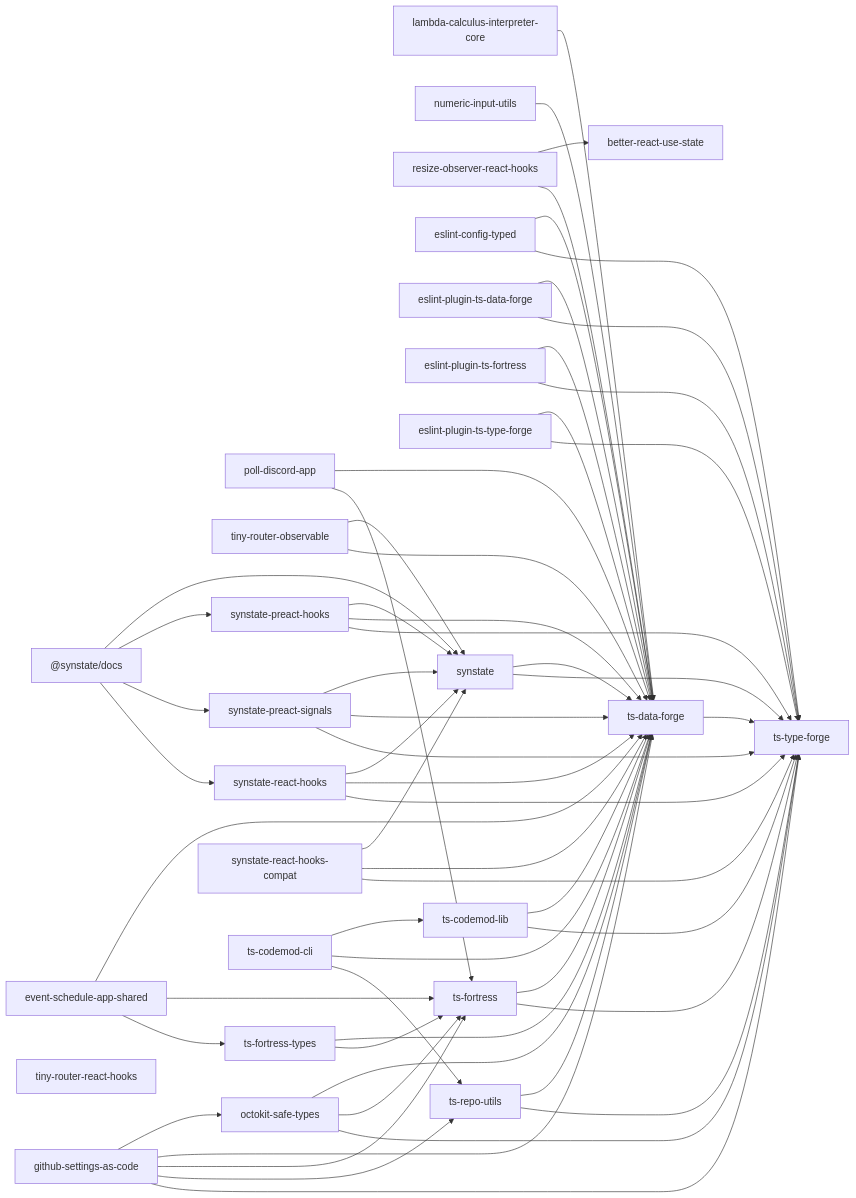
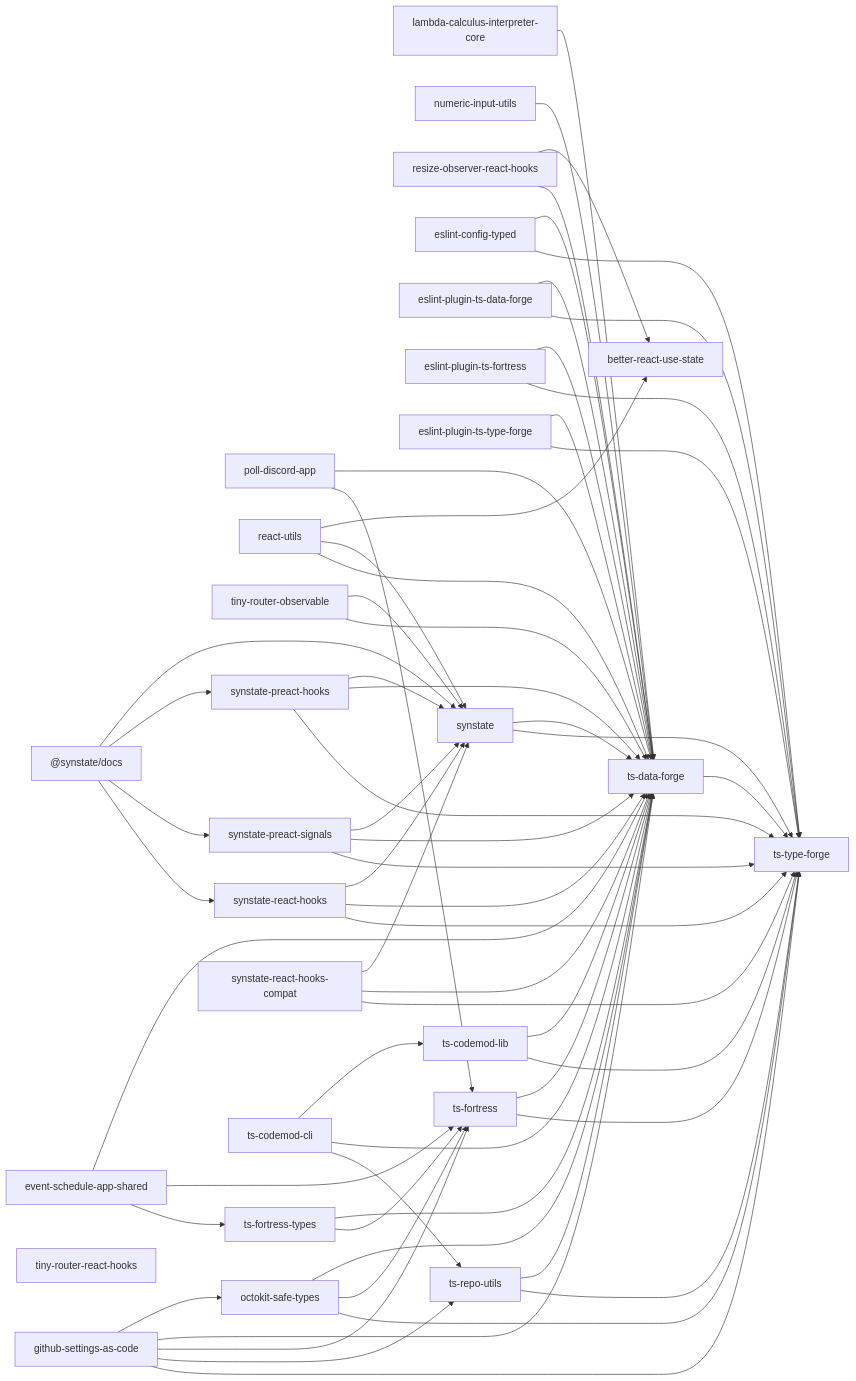
Before and after one commit to noshiro-pf/mono: the diagram in docs/package-dependencies.md, drawn with Mermaid. The commit also changed other lines of this file and 34 other files, not shown here.

First line of the commit message:
feat: restore react-utils from experimental/ (#1631)

```diff
--- a/docs/package-dependencies.md
+++ b/docs/package-dependencies.md
@@ -16,6 +16,7 @@
   lambda_calculus_interpreter_core["lambda-calculus-interpreter-core"]
   numeric_input_utils["numeric-input-utils"]
   poll_discord_app["poll-discord-app"]
+  react_utils["react-utils"]
   resize_observer_react_hooks["resize-observer-react-hooks"]
   _synstate_docs["@synstate/docs"]
   tiny_router_observable["tiny-router-observable"]
@@ -46,6 +47,9 @@
   numeric_input_utils --> ts_data_forge
   poll_discord_app --> ts_data_forge
   poll_discord_app --> ts_fortress
+  react_utils --> better_react_use_state
+  react_utils --> synstate
+  react_utils --> ts_data_forge
   resize_observer_react_hooks --> better_react_use_state
   resize_observer_react_hooks --> ts_data_forge
   _synstate_docs --> synstate
```
